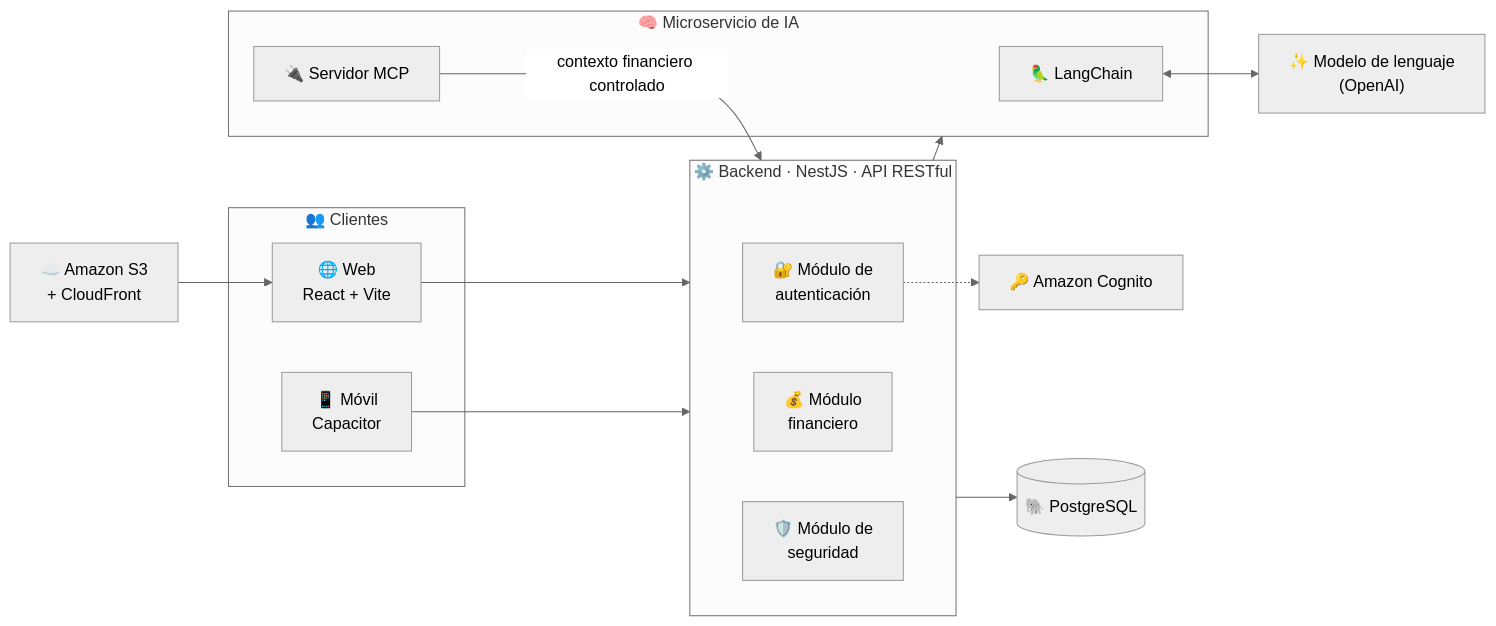
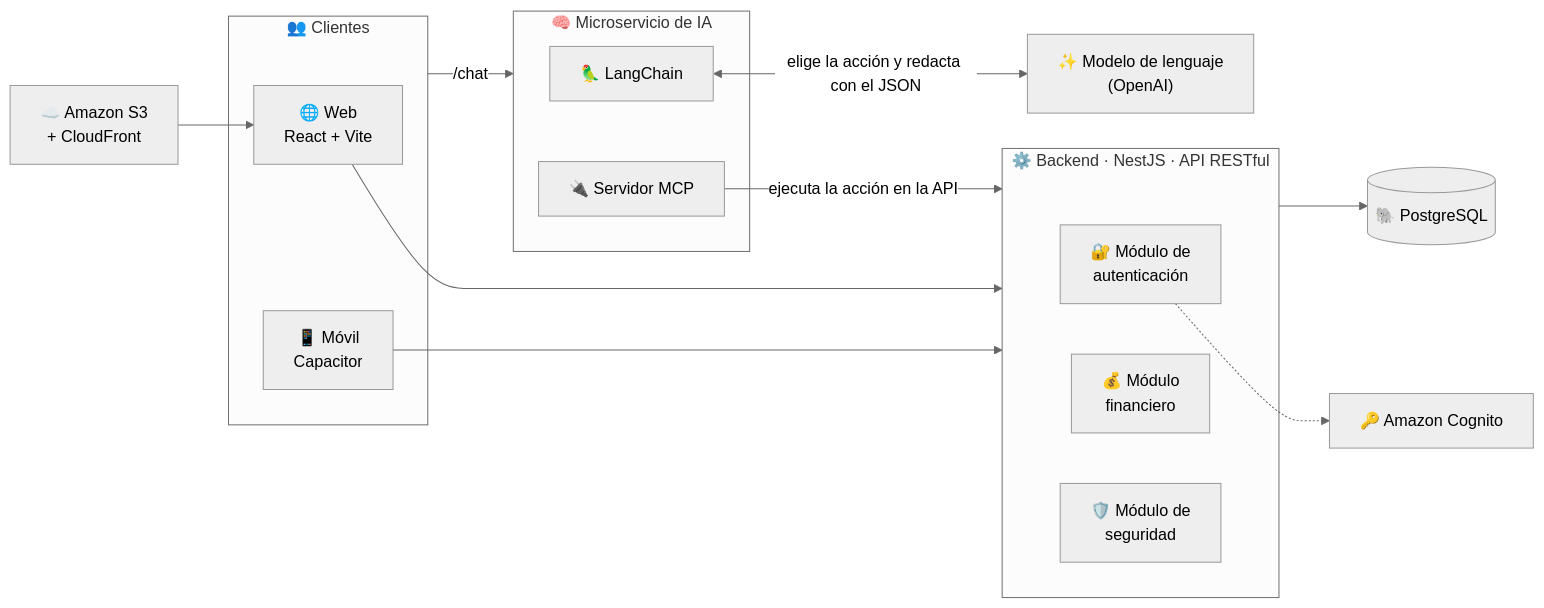
The third of 4 diagrams in README.md (RaulHMV/mincome-start), drawn with Mermaid (neutral theme) before and after one commit. The commit also changed other lines of this file and 1 other file, not shown here.

First line of the commit message:
docs(readme): 📝 agrega diagrama de arquitectura en AWS

````diff
--- a/README.md
+++ b/README.md
@@ -475,33 +475,33 @@
 ```mermaid
 flowchart LR
     subgraph C["👥 Clientes"]
         WEB["🌐 Web<br/>React + Vite"]
         MOB["📱 Móvil<br/>Capacitor"]
     end
 
     CDN["☁️ Amazon S3<br/>+ CloudFront"]
     COG["🔑 Amazon Cognito"]
 
     subgraph B["⚙️ Backend · NestJS · API RESTful"]
         AUTH["🔐 Módulo de<br/>autenticación"]
         FIN["💰 Módulo<br/>financiero"]
         SEC["🛡️ Módulo de<br/>seguridad"]
     end
 
     subgraph IA["🧠 Microservicio de IA"]
         LC["🦜 LangChain"]
         MCP["🔌 Servidor MCP"]
     end
 
     LLM["✨ Modelo de lenguaje<br/>(OpenAI)"]
     DB[("🐘 PostgreSQL")]
 
     CDN --> WEB
     WEB --> B
     MOB --> B
     AUTH -.-> COG
     B --> DB
-    B --> IA
-    LC <--> LLM
-    MCP -->|contexto financiero controlado| B
+    C -->|/chat| IA
+    LC <-->|elige la acción y redacta con el JSON| LLM
+    MCP -->|ejecuta la acción en la API| B
 ```
````
